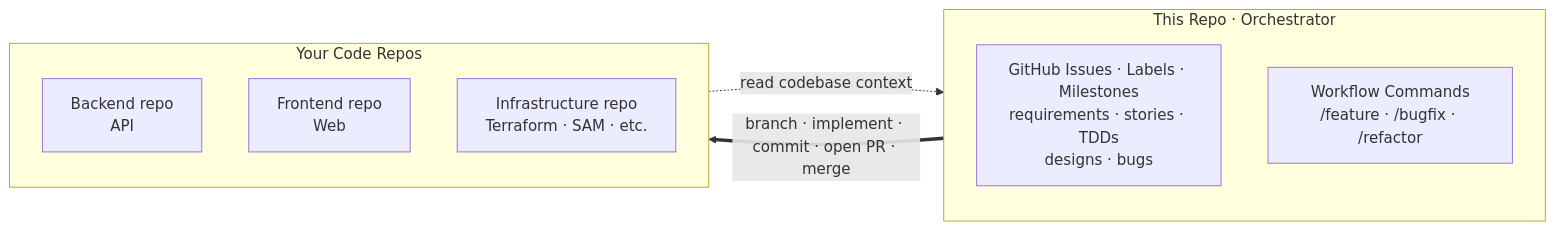
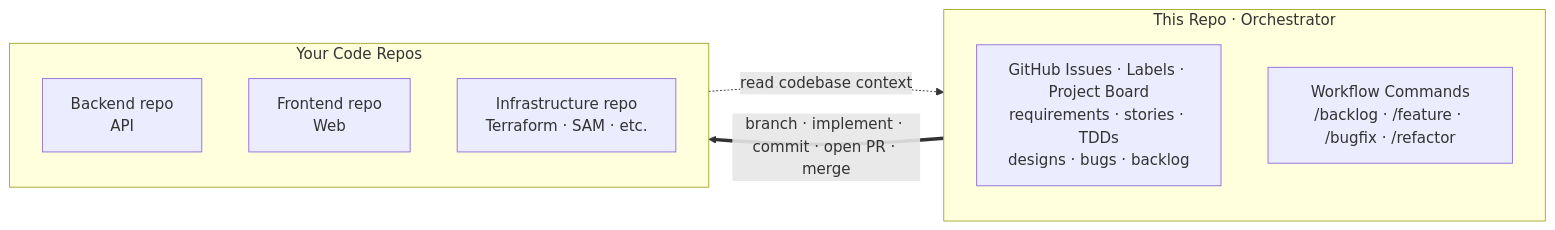
The first of 6 diagrams in README.md (simpscal/sapiens-dtj), drawn with Mermaid before and after one commit. The commit also changed other lines of this file and 46 other files, not shown here.

````diff
--- a/README.md
+++ b/README.md
@@ -30,18 +30,18 @@
 ```mermaid
 flowchart LR
     subgraph ORCH["This Repo · Orchestrator"]
         direction TB
-        ISSUES["GitHub Issues · Labels · Milestones<br/>requirements · stories · TDDs<br/>designs · bugs"]
-        FLOWS["Workflow Commands<br/>/feature · /bugfix · /refactor"]
+        ISSUES["GitHub Issues · Labels · Project Board<br/>requirements · stories · TDDs<br/>designs · bugs · backlog"]
+        FLOWS["Workflow Commands<br/>/backlog · /feature · /bugfix · /refactor"]
     end
 
     subgraph TARGETS["Your Code Repos"]
         direction TB
         BE["Backend repo<br/>API"]
         FE["Frontend repo<br/>Web"]
         IN["Infrastructure repo<br/>Terraform · SAM · etc."]
     end
 
     ORCH ==>|"branch · implement · commit · open PR · merge"| TARGETS
     TARGETS -.->|"read codebase context"| ORCH
 ```
````
